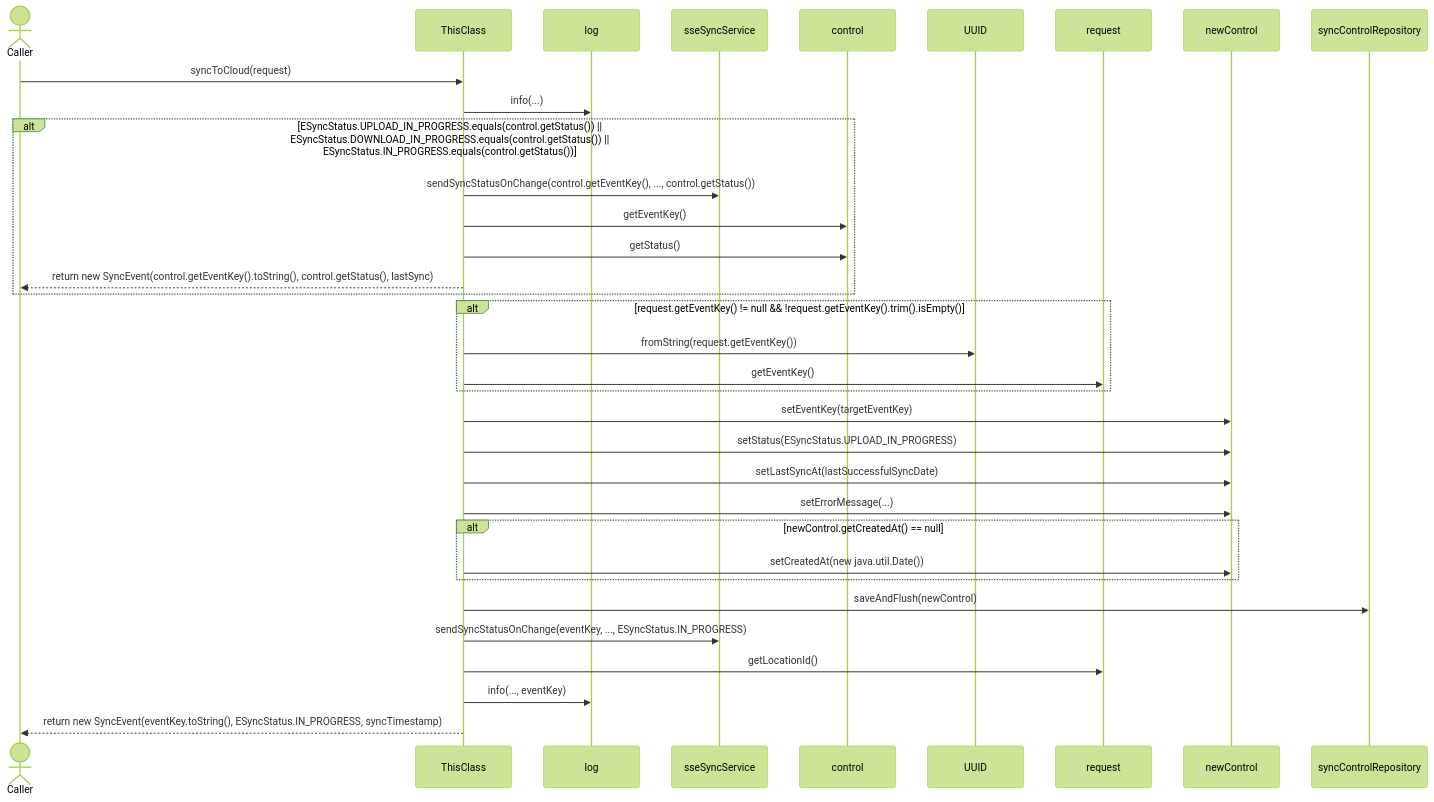
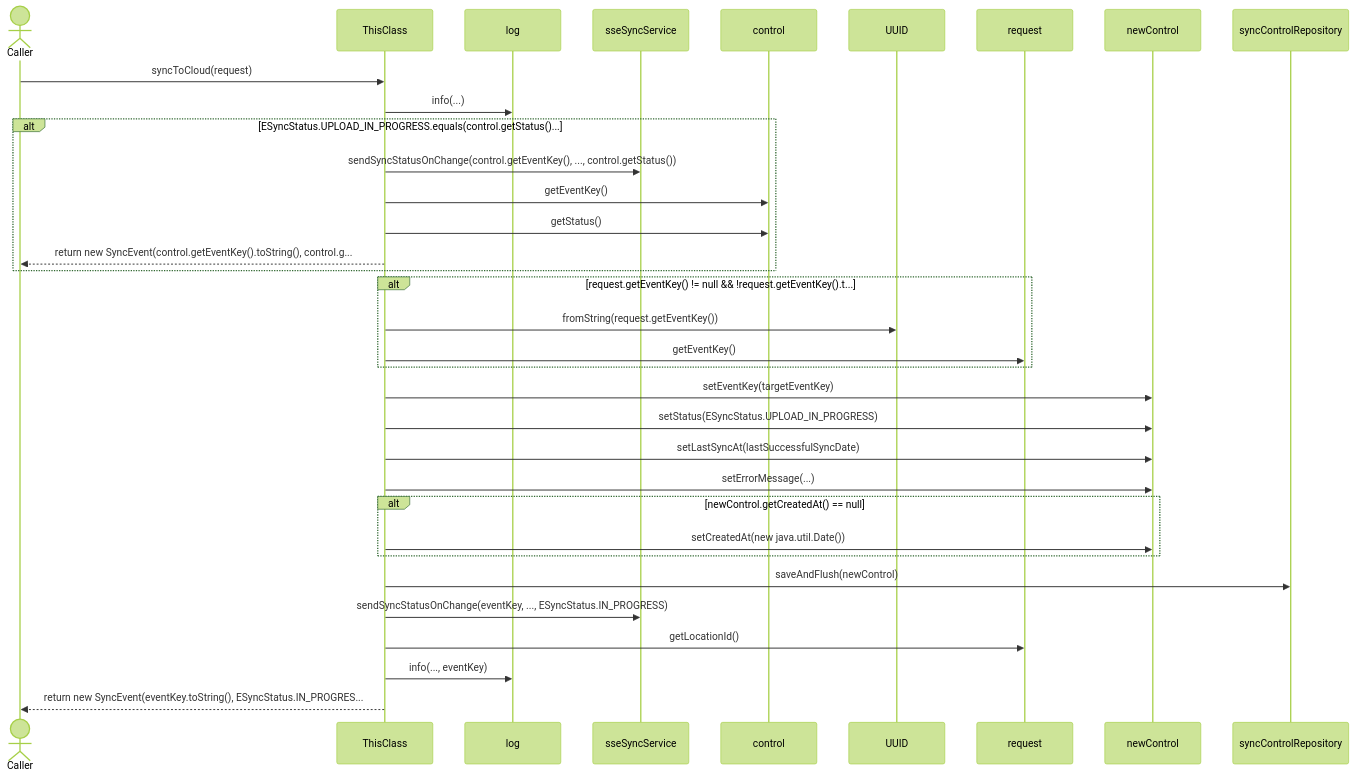
One commit to FelipeMCassiano/geanky changed the fifth of 16 diagrams in docs/CloudSyncUploadService.md. Above: the diagram before and after it, drawn with Mermaid (forest theme). The commit also changed other lines of this file and 4 other files, not shown here.

````diff
--- a/docs/CloudSyncUploadService.md
+++ b/docs/CloudSyncUploadService.md
@@ -403,38 +402,38 @@
 ```mermaid
 sequenceDiagram
     actor Caller
     participant ThisClass
 
     Caller->>ThisClass: syncToCloud(request)
     participant log
     ThisClass->>log: info(...)
-    alt ESyncStatus.UPLOAD_IN_PROGRESS.equals(control.getStatus()) || ESyncStatus.DOWNLOAD_IN_PROGRESS.equals(control.getStatus()) || ESyncStatus.IN_PROGRESS.equals(control.getStatus())
+    alt ESyncStatus.UPLOAD_IN_PROGRESS.equals(control.getStatus()...
     participant sseSyncService
     ThisClass->>sseSyncService: sendSyncStatusOnChange(control.getEventKey(), ..., control.getStatus())
     participant control
     ThisClass->>control: getEventKey()
     ThisClass->>control: getStatus()
-    ThisClass-->>Caller: return new SyncEvent(control.getEventKey().toString(), control.getStatus(), lastSync)
+    ThisClass-->>Caller: return new SyncEvent(control.getEventKey().toString(), control.g...
     end
-    alt request.getEventKey() != null && !request.getEventKey().trim().isEmpty()
+    alt request.getEventKey() != null && !request.getEventKey().t...
     participant UUID
     ThisClass->>UUID: fromString(request.getEventKey())
     participant request
     ThisClass->>request: getEventKey()
     end
     participant newControl
     ThisClass->>newControl: setEventKey(targetEventKey)
     ThisClass->>newControl: setStatus(ESyncStatus.UPLOAD_IN_PROGRESS)
     ThisClass->>newControl: setLastSyncAt(lastSuccessfulSyncDate)
     ThisClass->>newControl: setErrorMessage(...)
     alt newControl.getCreatedAt() == null
     ThisClass->>newControl: setCreatedAt(new java.util.Date())
     end
     participant syncControlRepository
     ThisClass->>syncControlRepository: saveAndFlush(newControl)
     ThisClass->>sseSyncService: sendSyncStatusOnChange(eventKey, ..., ESyncStatus.IN_PROGRESS)
     ThisClass->>request: getLocationId()
     ThisClass->>log: info(..., eventKey)
-    ThisClass-->>Caller: return new SyncEvent(eventKey.toString(), ESyncStatus.IN_PROGRESS, syncTimestamp)
+    ThisClass-->>Caller: return new SyncEvent(eventKey.toString(), ESyncStatus.IN_PROGRES...
 
 ```
````
